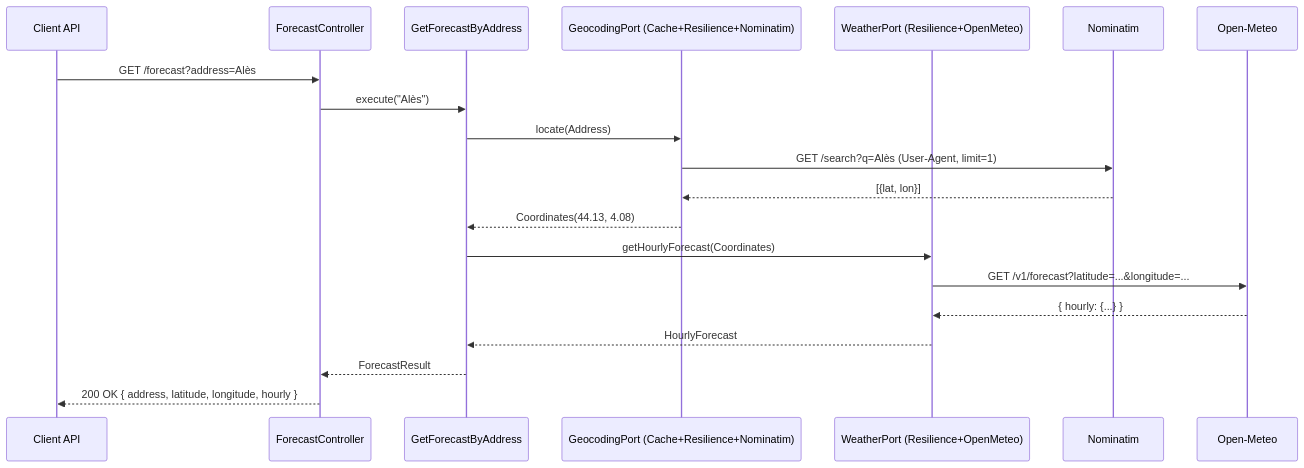
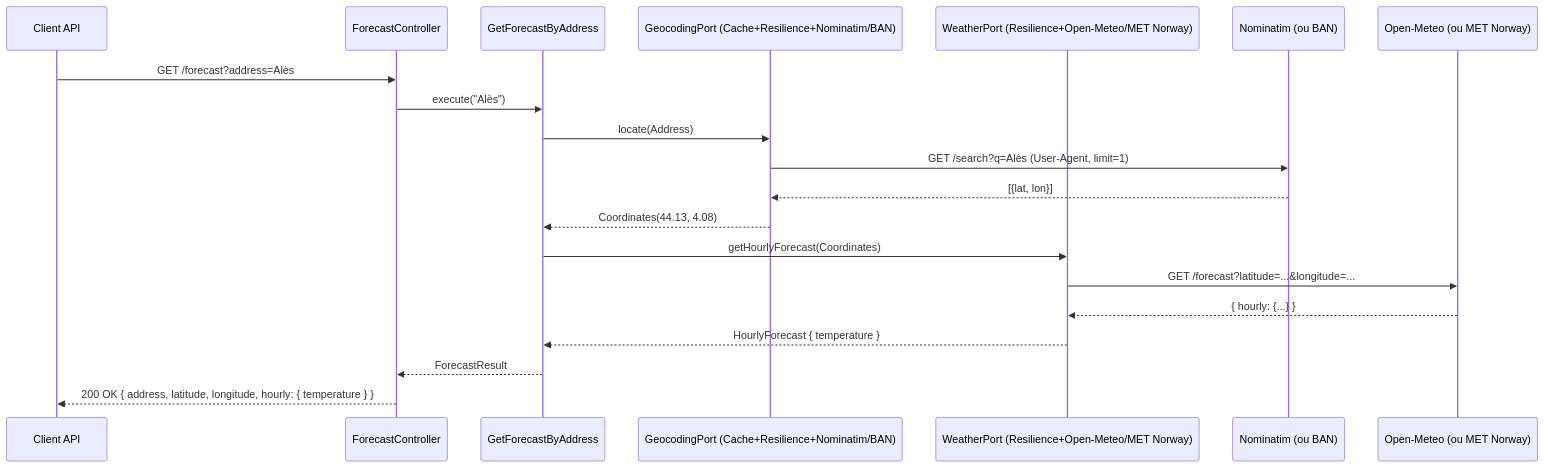
One commit to mesropaghumyan/9-3-1-GDRM-TP changed the third of 3 diagrams in docs/STD.md. Above: the diagram before and after it, drawn with Mermaid. The commit also changed other lines of this file and 23 other files, not shown here.

````diff
--- a/docs/STD.md
+++ b/docs/STD.md
@@ -717,23 +766,23 @@
 ```mermaid
 sequenceDiagram
     participant C as Client API
     participant API as ForecastController
     participant UC as GetForecastByAddress
-    participant GEO as GeocodingPort (Cache+Resilience+Nominatim)
-    participant MET as WeatherPort (Resilience+OpenMeteo)
-    participant NOM as Nominatim
-    participant OM as Open-Meteo
+    participant GEO as GeocodingPort (Cache+Resilience+Nominatim/BAN)
+    participant MET as WeatherPort (Resilience+Open-Meteo/MET Norway)
+    participant NOM as Nominatim (ou BAN)
+    participant OM as Open-Meteo (ou MET Norway)
 
     C->>API: GET /forecast?address=Alès
     API->>UC: execute("Alès")
     UC->>GEO: locate(Address)
     GEO->>NOM: GET /search?q=Alès (User-Agent, limit=1)
     NOM-->>GEO: [{lat, lon}]
     GEO-->>UC: Coordinates(44.13, 4.08)
     UC->>MET: getHourlyForecast(Coordinates)
-    MET->>OM: GET /v1/forecast?latitude=...&longitude=...
+    MET->>OM: GET /forecast?latitude=...&longitude=...
     OM-->>MET: { hourly: {...} }
-    MET-->>UC: HourlyForecast
+    MET-->>UC: HourlyForecast { temperature }
     UC-->>API: ForecastResult
-    API-->>C: 200 OK { address, latitude, longitude, hourly }
+    API-->>C: 200 OK { address, latitude, longitude, hourly: { temperature } }
 ```
````
